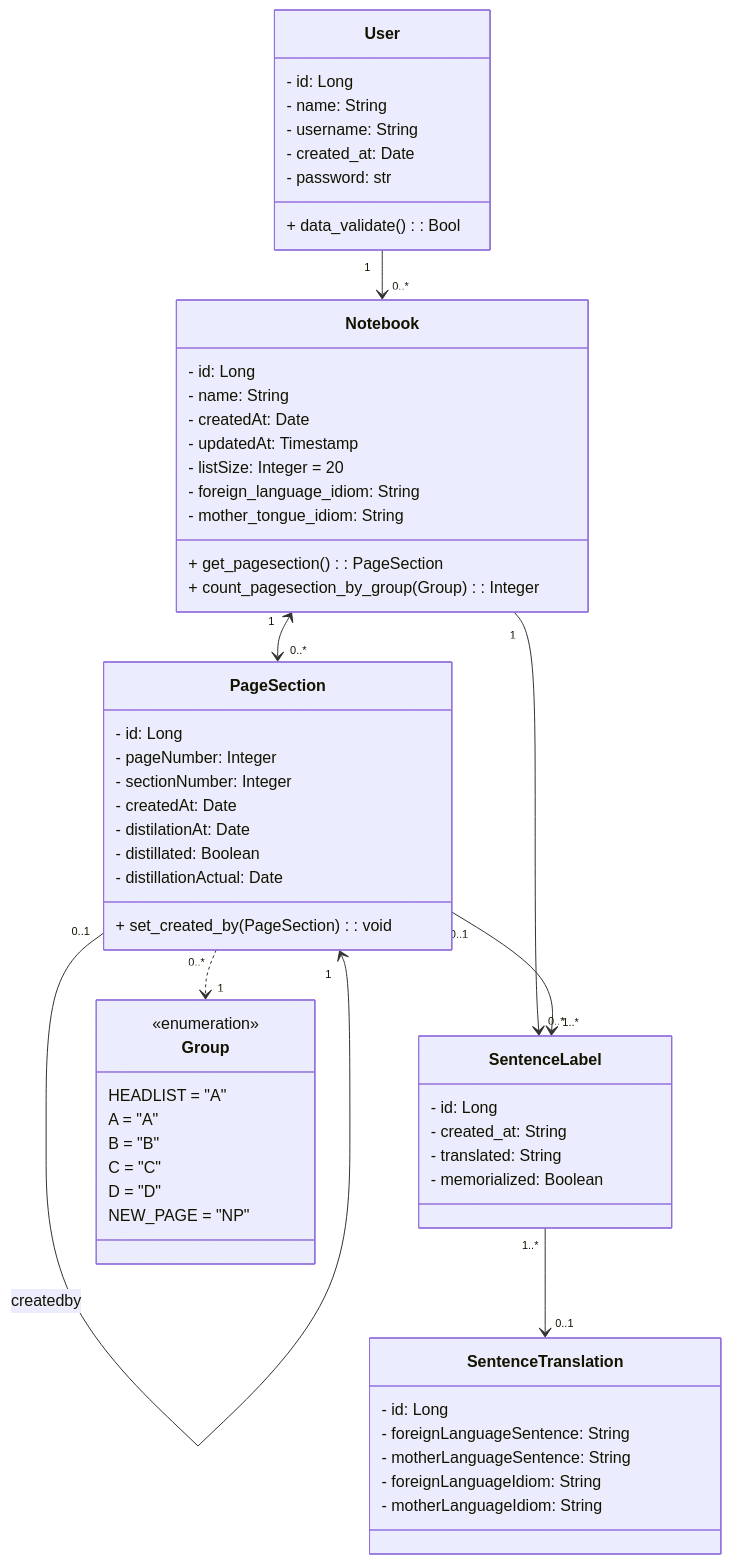
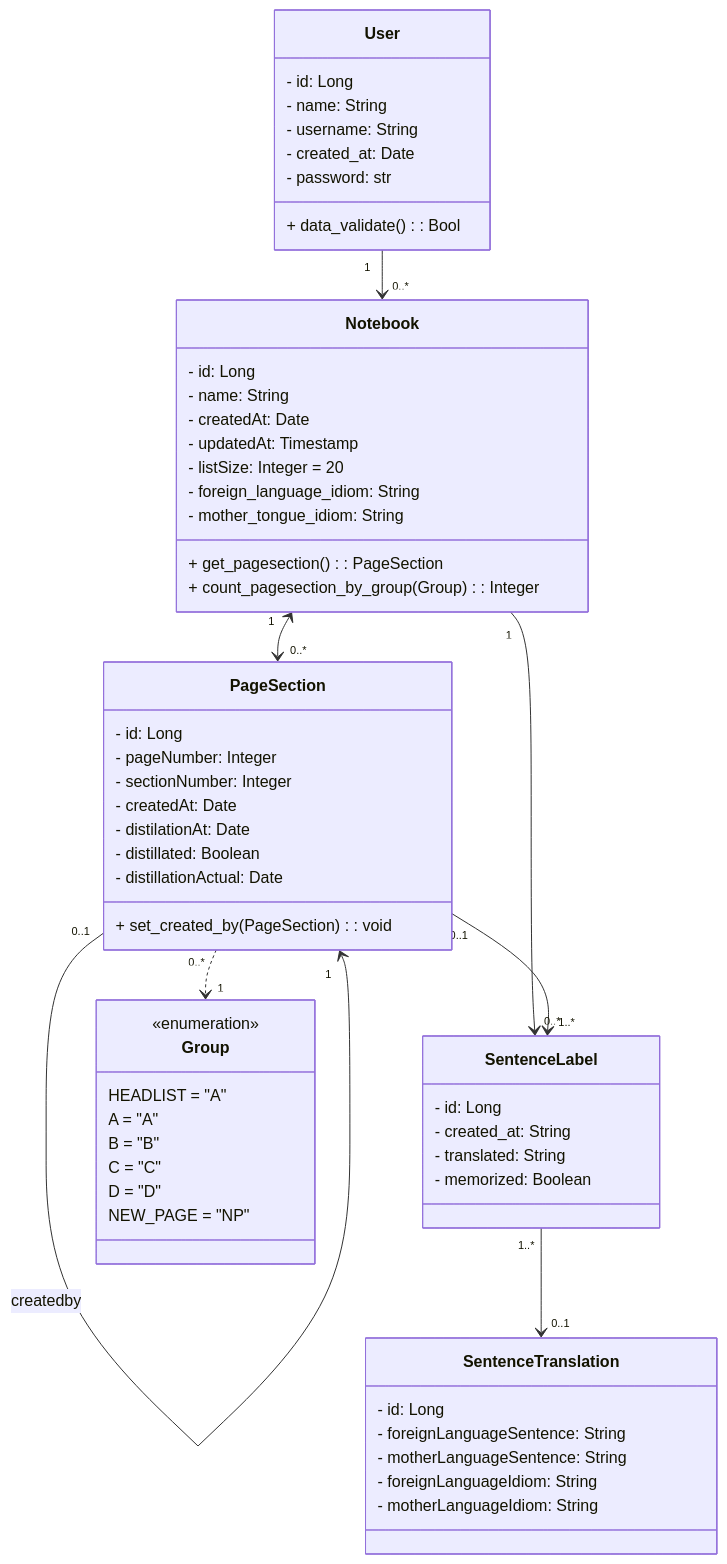
Before and after one commit to microrepar/gold-list-method-app-streamlit: the diagram in .documentation/ClassDiagramGoldList.md, drawn with Mermaid. The commit also changed 7 other files, not shown here.

Commit message:
refact: alters attribute name from memorialized to memorized.

````diff
--- a/.documentation/ClassDiagramGoldList.md
+++ b/.documentation/ClassDiagramGoldList.md
@@ -1,70 +1,70 @@
 ```mermaid
     classDiagram
         class User{
             - id: Long
             - name: String
             - username: String
             - created_at: Date
             - password: str
             
             + data_validate(): Bool
         }
 
         class Notebook {
             - id: Long
             - name: String
             - createdAt: Date
             - updatedAt: Timestamp
             - listSize: Integer = 20
             - foreign_language_idiom: String
             - mother_tongue_idiom: String
 
             + get_pagesection(): PageSection
             + count_pagesection_by_group(Group): Integer 
         }        
 
         class PageSection {
             - id: Long
             - pageNumber: Integer
             - sectionNumber: Integer
             - createdAt: Date
             - distilationAt: Date
             - distillated: Boolean
             - distillationActual: Date
 
             + set_created_by(PageSection): void
         }
 
         class SentenceLabel {
             - id: Long
             - created_at: String
             - translated: String
-            - memorialized: Boolean
+            - memorized: Boolean
         }
         
         class SentenceTranslation {
             - id: Long
             - foreignLanguageSentence: String
             - motherLanguageSentence: String
             - foreignLanguageIdiom: String      
             - motherLanguageIdiom: String   
         }
 
         class Group {
             <<enumeration>>
             HEADLIST = "A"
             A        = "A"
             B        = "B"
             C        = "C"
             D        = "D"
             NEW_PAGE = "NP"
         }
     
         User "1"             -->    "0..*" Notebook
         Notebook "1"        <-->    "0..*" PageSection
         Notebook "1"         -->    "0..*" SentenceLabel
         PageSection "0..1"   -->    "1" PageSection : createdby
         PageSection "0..1"   -->    "1..*" SentenceLabel
         SentenceLabel "1..*" -->    "0..1" SentenceTranslation
         PageSection "0..*"   ..>    "1" Group
 ```
````
